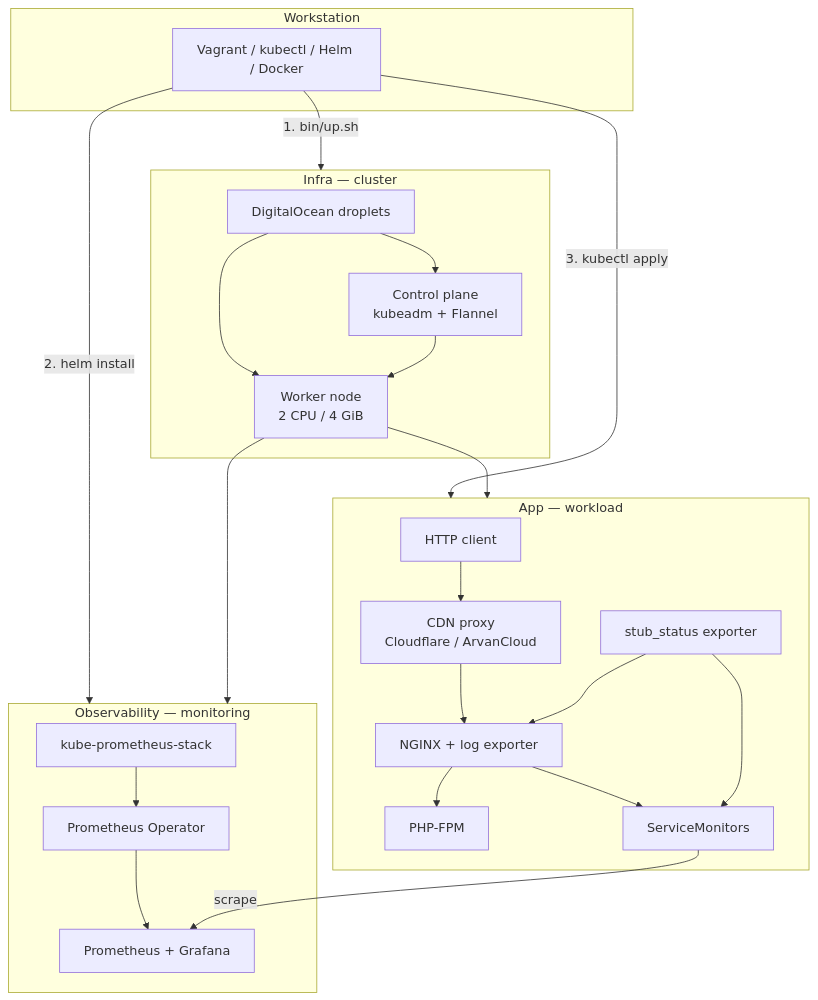
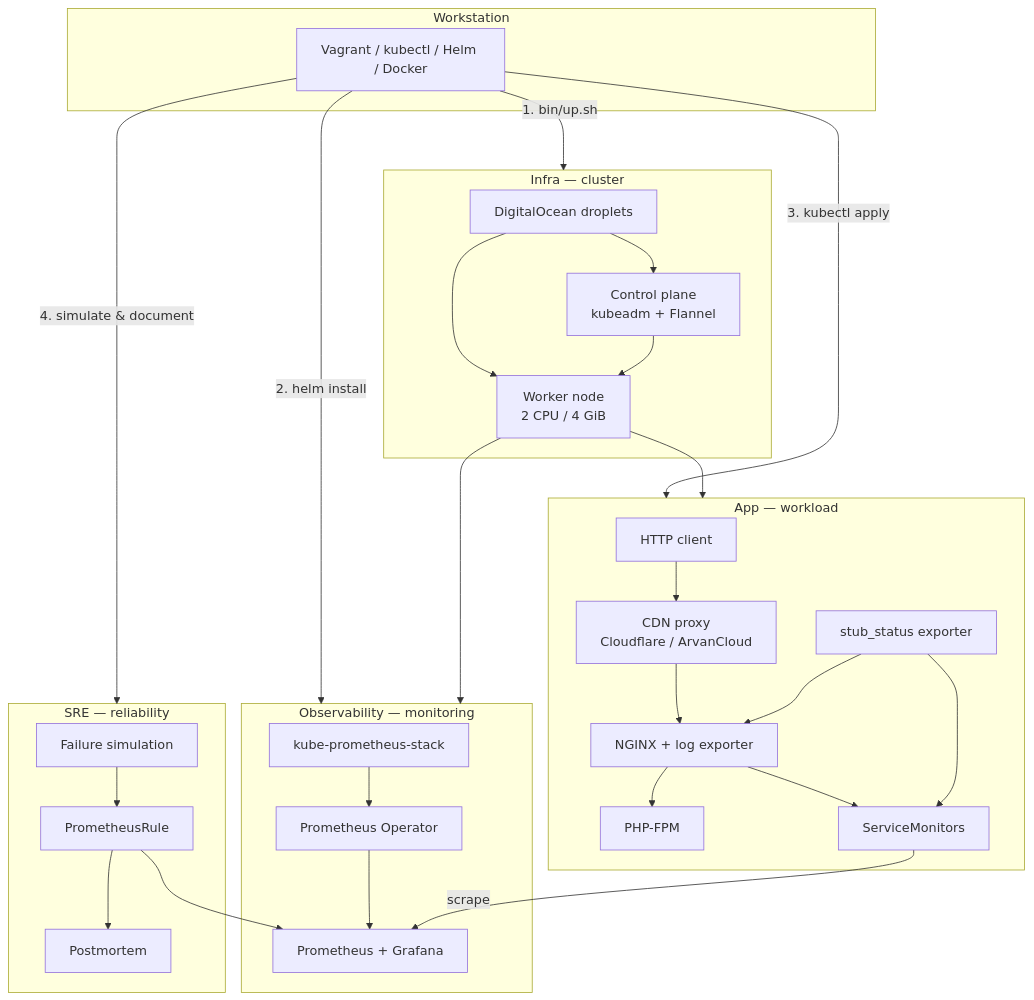
Before and after one commit to maleki-it/forge: the diagram in README.md, drawn with Mermaid. The commit also changed other lines of this file and 16 other files, not shown here.

````diff
--- a/README.md
+++ b/README.md
@@ -9,42 +9,52 @@
 ```mermaid
 flowchart TB
     subgraph Workstation
         Dev["Vagrant / kubectl / Helm / Docker"]
     end
 
     subgraph Infra["Infra — cluster"]
         DO["DigitalOcean droplets"]
         Master["Control plane<br/>kubeadm + Flannel"]
         Worker["Worker node<br/>2 CPU / 4 GiB"]
         DO --> Master
         DO --> Worker
         Master --> Worker
     end
 
     subgraph Observability["Observability — monitoring"]
         Helm["kube-prometheus-stack"]
         Op["Prometheus Operator"]
         Prom["Prometheus + Grafana"]
         Helm --> Op --> Prom
     end
 
     subgraph App["App — workload"]
         Client["HTTP client"]
         CDN["CDN proxy<br/>Cloudflare / ArvanCloud"]
         Nginx["NGINX + log exporter"]
         PHP["PHP-FPM"]
         Stub["stub_status exporter"]
         SM["ServiceMonitors"]
         Client --> CDN --> Nginx --> PHP
         Stub --> Nginx
         Nginx --> SM
         Stub --> SM
     end
 
     Dev -->|"1. bin/up.sh"| Infra
     Dev -->|"2. helm install"| Observability
     Dev -->|"3. kubectl apply"| App
     Worker --> Observability
     Worker --> App
     SM -->|"scrape"| Prom
+
+    subgraph SRE["SRE — reliability"]
+        Fail["Failure simulation"]
+        Alert["PrometheusRule"]
+        PM["Postmortem"]
+        Fail --> Alert --> PM
+    end
+
+    Dev -->|"4. simulate & document"| SRE
+    Alert --> Prom
 ```
````
